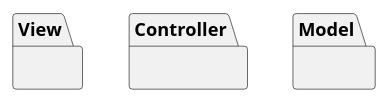
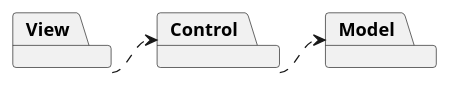
The diagram in docs/UML/Architectural Design/package-diagram.pu (LapTQ/MCT), drawn with PlantUML before and after one commit. The commit also changed 33 other files, not shown here.

Commit message:
update UML

```diff
--- a/docs/UML/Architectural Design/package-diagram.pu
+++ b/docs/UML/Architectural Design/package-diagram.pu
@@ -1,15 +1,12 @@
 @startuml
 
-package "View" {
+package View
 
-}
+package Control
 
-package "Controller" {
+package Model
 
-}
-
-package "Model" {
-    
-}
+View .right.> Control
+Control .right.> Model
 
 @enduml
```
